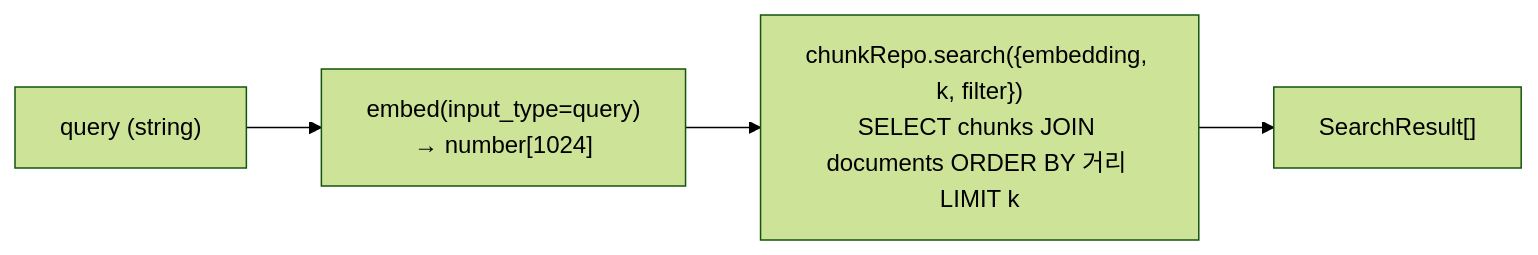
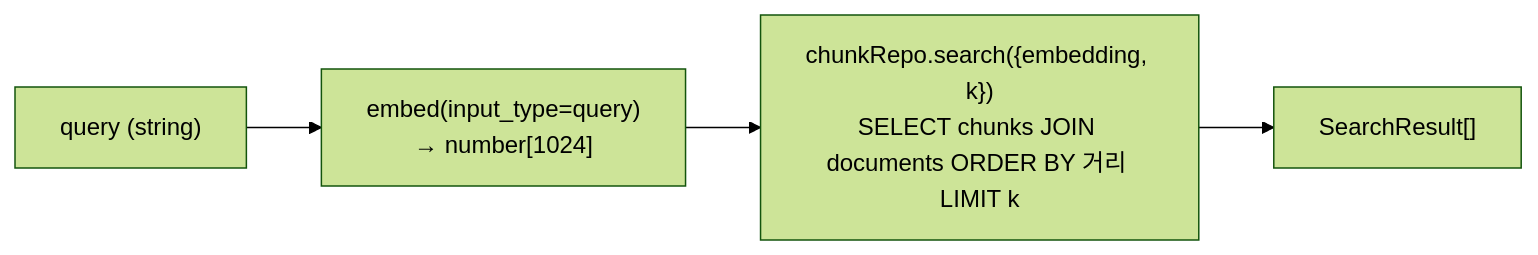
Before and after one commit to dev-seawiid/vat-chatbot: the second of 2 diagrams in docs/rag-chain.md, drawn with Mermaid (forest theme). The commit also changed other lines of this file and 2 other files, not shown here.

````diff
--- a/docs/rag-chain.md
+++ b/docs/rag-chain.md
@@ -29,6 +29,6 @@
 ```mermaid
 flowchart LR
   Q["query (string)"] --> EM["embed(input_type=query)<br/>→ number[1024]"]
-  EM --> SE["chunkRepo.search({embedding, k, filter})<br/>SELECT chunks JOIN documents ORDER BY 거리 LIMIT k"]
+  EM --> SE["chunkRepo.search({embedding, k})<br/>SELECT chunks JOIN documents ORDER BY 거리 LIMIT k"]
   SE --> R["SearchResult[]"]
 ```
````
